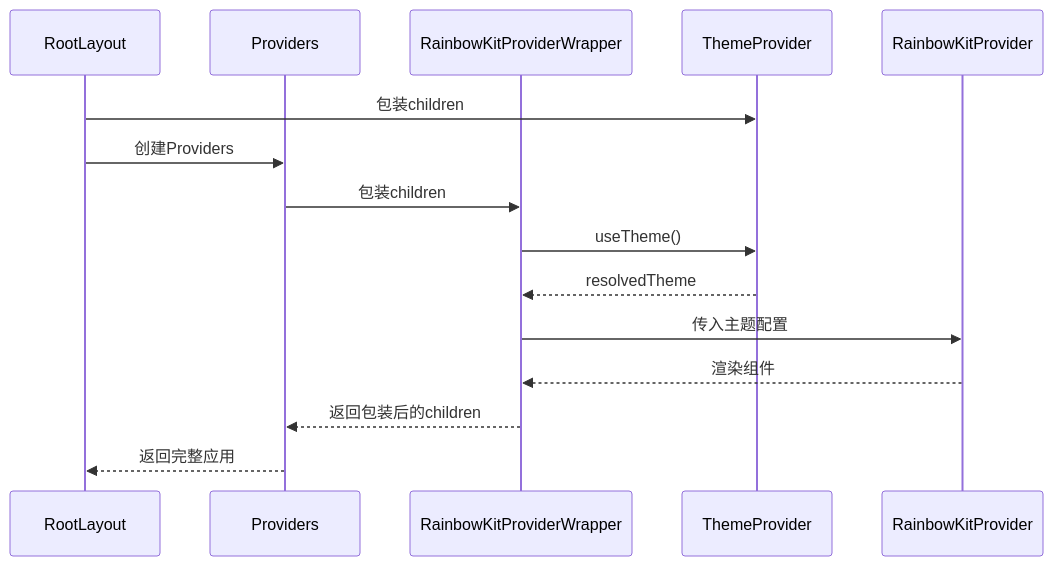
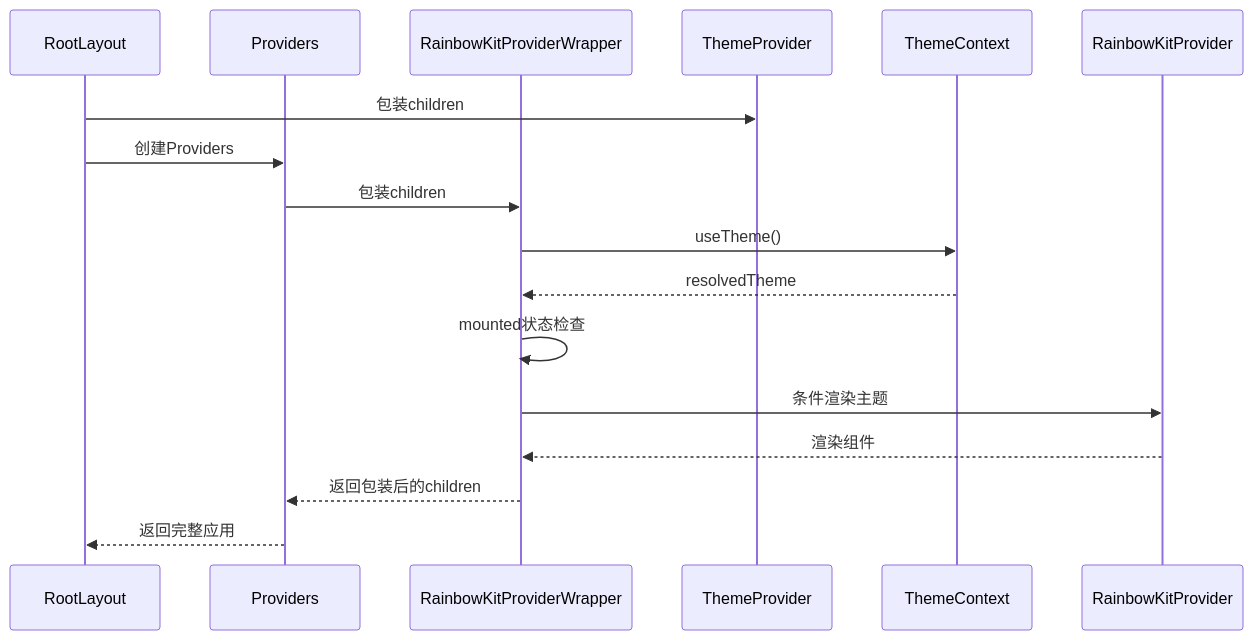
One commit to CryptoLinxu/Web3-AI-Agent changed the fifth of 21 diagrams in .qoder/repowiki/zh/content/项目概述/整体架构概览/Web应用程序/主题系统实现.md. Above: the diagram before and after it, drawn with Mermaid. The commit also changed other lines of this file and 7 other files, not shown here.

````diff
--- a/.qoder/repowiki/zh/content/项目概述/整体架构概览/Web应用程序/主题系统实现.md
+++ b/.qoder/repowiki/zh/content/项目概述/整体架构概览/Web应用程序/主题系统实现.md
@@ -280,17 +319,19 @@
 ```mermaid
 sequenceDiagram
 participant Layout as RootLayout
-participant Provider as Providers
+participant Providers as Providers
 participant Wrapper as RainbowKitProviderWrapper
 participant ThemeProvider as ThemeProvider
+participant ThemeContext as ThemeContext
 participant RainbowKit as RainbowKitProvider
 Layout->>ThemeProvider : 包装children
-Layout->>Provider : 创建Providers
-Provider->>Wrapper : 包装children
-Wrapper->>ThemeProvider : useTheme()
-ThemeProvider-->>Wrapper : resolvedTheme
-Wrapper->>RainbowKit : 传入主题配置
+Layout->>Providers : 创建Providers
+Providers->>Wrapper : 包装children
+Wrapper->>ThemeContext : useTheme()
+ThemeContext-->>Wrapper : resolvedTheme
+Wrapper->>Wrapper : mounted状态检查
+Wrapper->>RainbowKit : 条件渲染主题
 RainbowKit-->>Wrapper : 渲染组件
-Wrapper-->>Provider : 返回包装后的children
-Provider-->>Layout : 返回完整应用
+Wrapper-->>Providers : 返回包装后的children
+Providers-->>Layout : 返回完整应用
 ```
````
